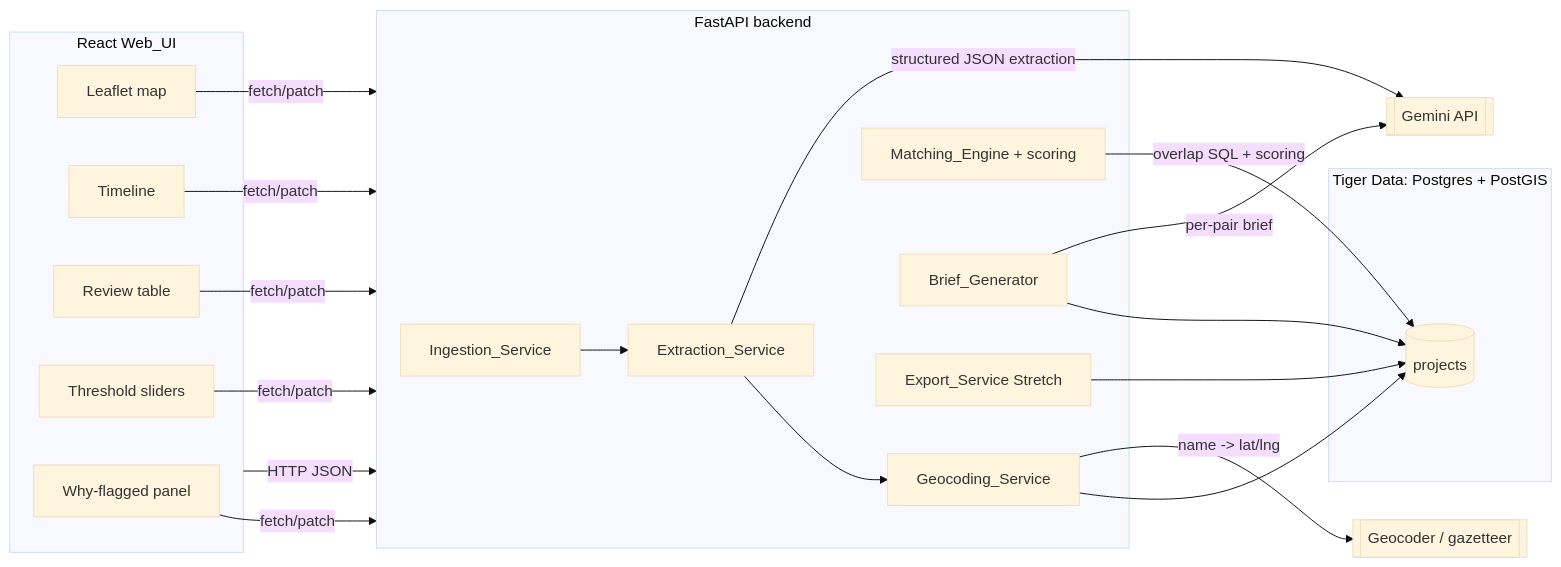
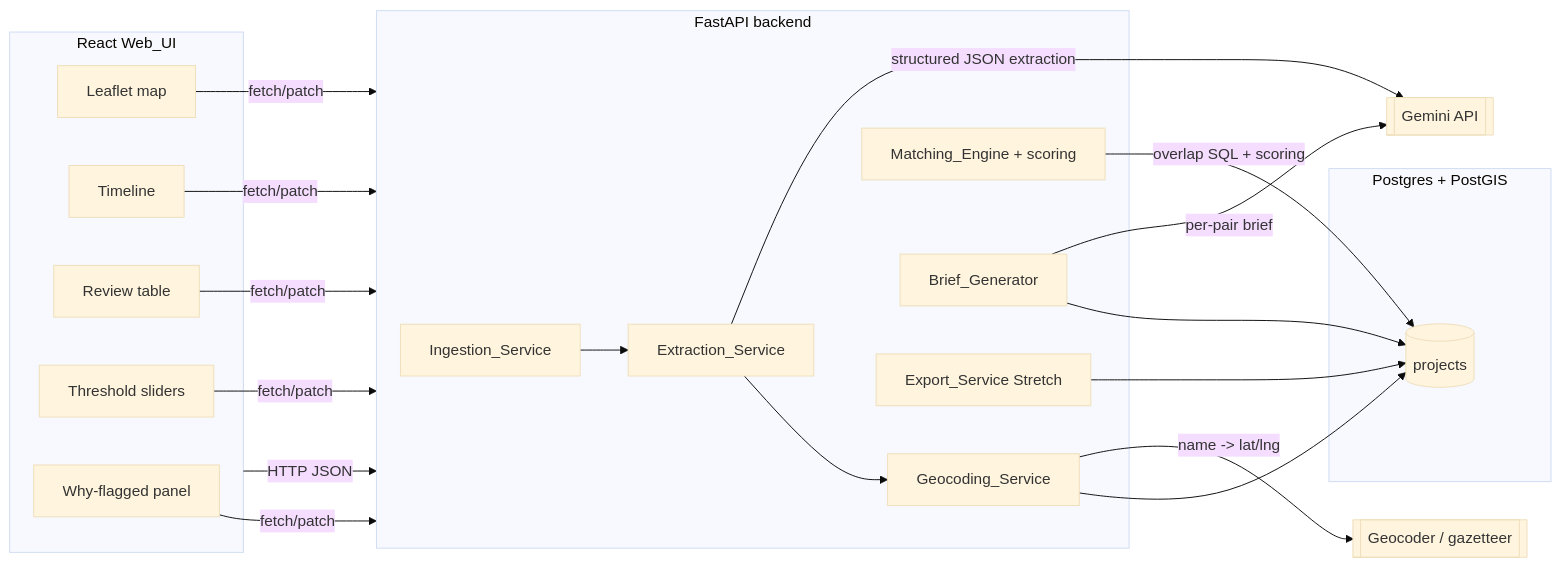
One commit to noddle-Cake/gridlock changed the first of 3 diagrams in .kiro/specs/gridlock/design.md. Above: the diagram before and after it, drawn with Mermaid (base theme). The commit also changed other lines of this file and 6 other files, not shown here.

````diff
--- a/.kiro/specs/gridlock/design.md
+++ b/.kiro/specs/gridlock/design.md
@@ -34,38 +34,38 @@
 ```mermaid
 flowchart LR
     subgraph Client["React Web_UI"]
         MAP[Leaflet map]
         TL[Timeline]
         REV[Review table]
         SLD[Threshold sliders]
         WHY[Why-flagged panel]
     end
 
     subgraph API["FastAPI backend"]
         ING[Ingestion_Service]
         EXT[Extraction_Service]
         GEO[Geocoding_Service]
         MATCH[Matching_Engine + scoring]
         BRIEF[Brief_Generator]
         EXP[Export_Service Stretch]
     end
 
-    subgraph Data["Tiger Data: Postgres + PostGIS"]
+    subgraph Data["Postgres + PostGIS"]
         DB[(projects)]
     end
 
     GEM[[Gemini API]]
     GEOAPI[[Geocoder / gazetteer]]
 
     Client -->|HTTP JSON| API
     ING --> EXT
     EXT -->|structured JSON extraction| GEM
     EXT --> GEO
     GEO -->|name -> lat/lng| GEOAPI
     GEO --> DB
     MATCH -->|overlap SQL + scoring| DB
     BRIEF -->|per-pair brief| GEM
     BRIEF --> DB
     EXP --> DB
     MAP & TL & REV & SLD & WHY -->|fetch/patch| API
 ```
````
